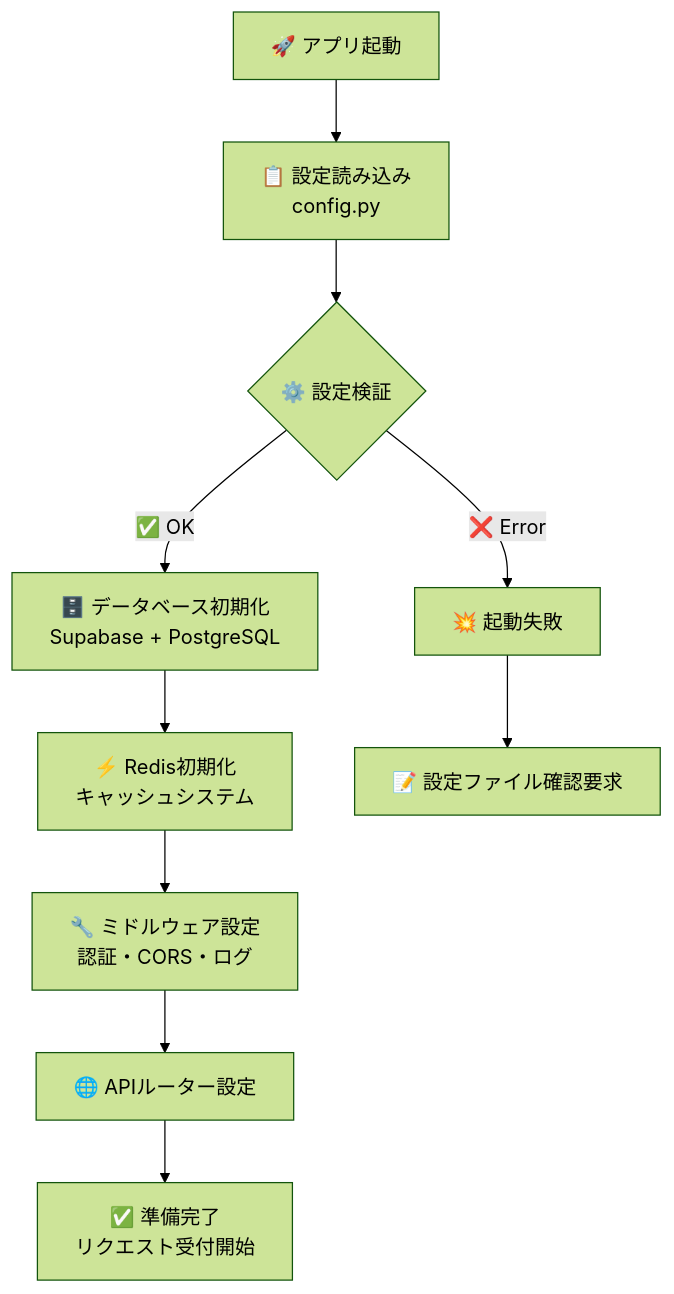
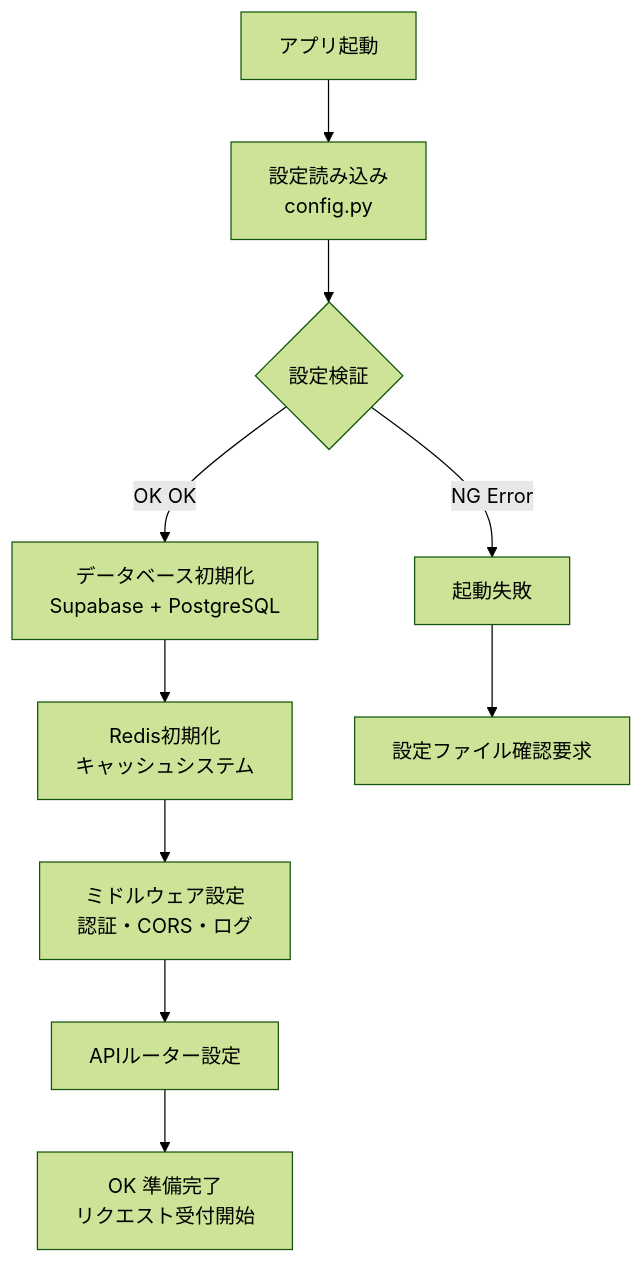
Before and after one commit to itdojp/supabase-architecture-patterns-book: the fourth of 4 diagrams in docs/chapters/chapter05-1/index.md, drawn with Mermaid (forest theme). The commit also changed other lines of this file and 49 other files, not shown here.

````diff
--- a/docs/chapters/chapter05-1/index.md
+++ b/docs/chapters/chapter05-1/index.md
@@ -741,14 +741,14 @@
 ```mermaid
 flowchart TD
-    A[🚀 アプリ起動] --> B[📋 設定読み込み<br/>config.py]
-    B --> C{⚙️ 設定検証}
-    C -->|✅ OK| D[🗄️ データベース初期化<br/>Supabase + PostgreSQL]
-    C -->|❌ Error| E[💥 起動失敗]
+    A[ アプリ起動] --> B[ 設定読み込み<br/>config.py]
+    B --> C{ 設定検証}
+    C -->|OK OK| D[ データベース初期化<br/>Supabase + PostgreSQL]
+    C -->|NG Error| E[ 起動失敗]
     
-    D --> F[⚡ Redis初期化<br/>キャッシュシステム]
-    F --> G[🔧 ミドルウェア設定<br/>認証・CORS・ログ]
-    G --> H[🌐 APIルーター設定]
-    H --> I[✅ 準備完了<br/>リクエスト受付開始]
+    D --> F[ Redis初期化<br/>キャッシュシステム]
+    F --> G[ ミドルウェア設定<br/>認証・CORS・ログ]
+    G --> H[ APIルーター設定]
+    H --> I[OK 準備完了<br/>リクエスト受付開始]
     
-    E --> J[📝 設定ファイル確認要求]
+    E --> J[ 設定ファイル確認要求]
 ```
````
